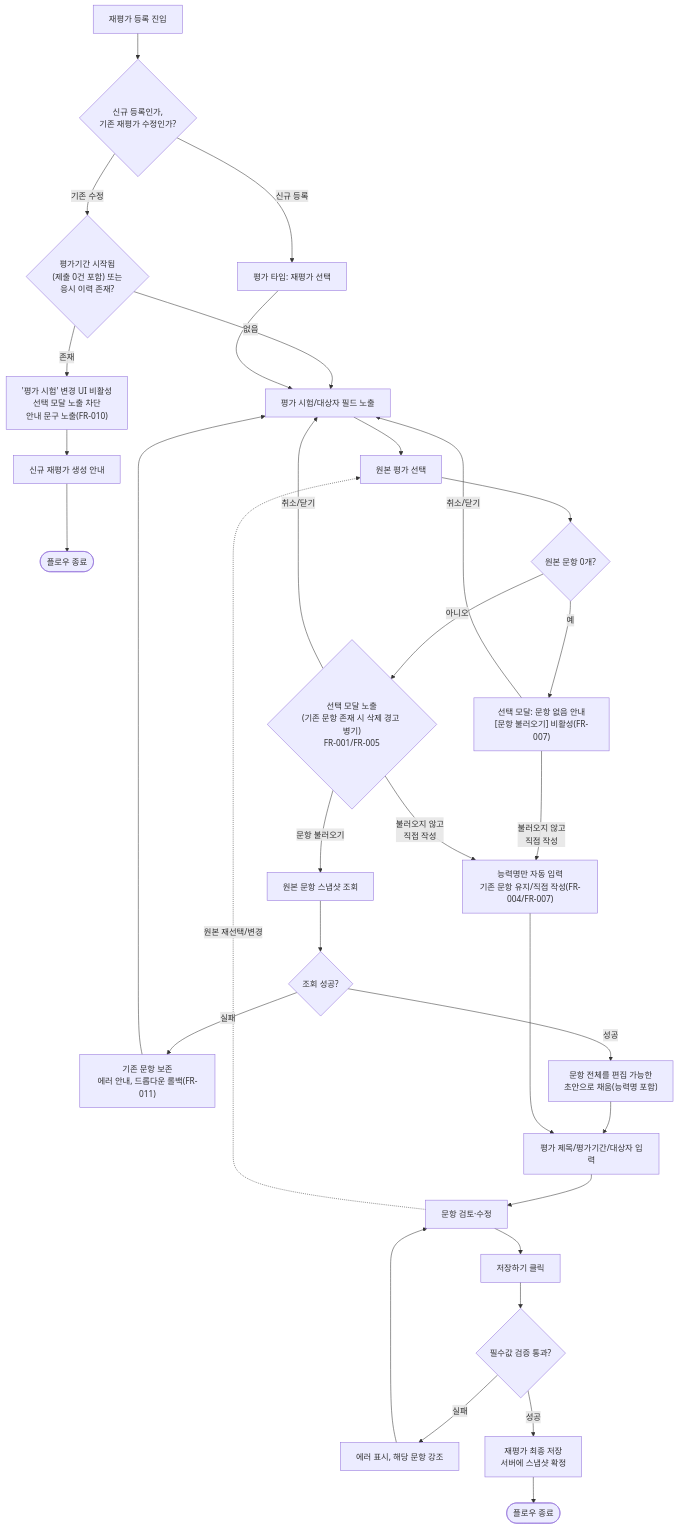
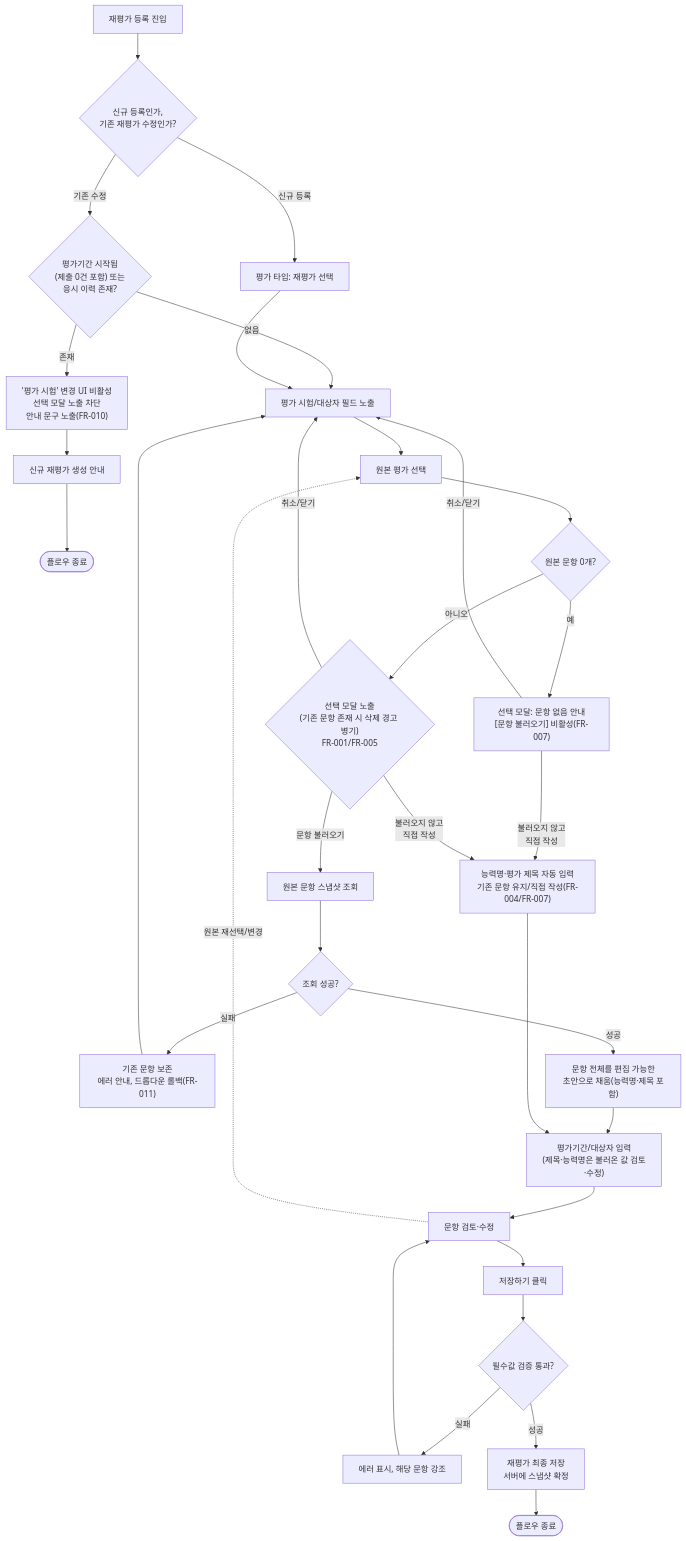
One commit to likelion-campus/kdt-ops-planning changed the diagram in classroom/1-planning/prd/2026-08-03_훈련평가-재평가-문항-불러오기-기획서.md. Above: the diagram before and after it, drawn with Mermaid. The commit also changed other lines of this file and 4 other files, not shown here.

````diff
--- a/classroom/1-planning/prd/2026-08-03_훈련평가-재평가-문항-불러오기-기획서.md
+++ b/classroom/1-planning/prd/2026-08-03_훈련평가-재평가-문항-불러오기-기획서.md
@@ -99,34 +100,34 @@
 ```mermaid
 flowchart TD
     A0[재평가 등록 진입] --> A1{"신규 등록인가,<br/>기존 재평가 수정인가?"}
     A1 -- 신규 등록 --> B[평가 타입: 재평가 선택]
     A1 -- 기존 수정 --> A2{"평가기간 시작됨<br/>(제출 0건 포함) 또는<br/>응시 이력 존재?"}
     A2 -- 존재 --> A3["'평가 시험' 변경 UI 비활성<br/>선택 모달 노출 차단<br/>안내 문구 노출(FR-010)"]
     A3 --> A4[신규 재평가 생성 안내]
     A4 --> Z2([플로우 종료])
     A2 -- 없음 --> C
     B --> C[평가 시험/대상자 필드 노출]
     C --> D[원본 평가 선택]
     D --> QC{"원본 문항 0개?"}
     QC -- 예 --> Q0["선택 모달: 문항 없음 안내<br/>[문항 불러오기] 비활성(FR-007)"]
     QC -- 아니오 --> Q{"선택 모달 노출<br/>(기존 문항 존재 시 삭제 경고 병기)<br/>FR-001/FR-005"}
-    Q0 -- "불러오지 않고<br/>직접 작성" --> R["능력명만 자동 입력<br/>기존 문항 유지/직접 작성(FR-004/FR-007)"]
+    Q0 -- "불러오지 않고<br/>직접 작성" --> R["능력명·평가 제목 자동 입력<br/>기존 문항 유지/직접 작성(FR-004/FR-007)"]
     Q0 -- 취소/닫기 --> C
     Q -- 문항 불러오기 --> G[원본 문항 스냅샷 조회]
     Q -- "불러오지 않고<br/>직접 작성" --> R
     Q -- 취소/닫기 --> C
     G --> G1{조회 성공?}
     G1 -- 실패 --> G2["기존 문항 보존<br/>에러 안내, 드롭다운 롤백(FR-011)"]
     G2 --> C
-    G1 -- 성공 --> J["문항 전체를 편집 가능한<br/>초안으로 채움(능력명 포함)"]
-    J --> K["평가 제목/평가기간/대상자 입력"]
+    G1 -- 성공 --> J["문항 전체를 편집 가능한<br/>초안으로 채움(능력명·제목 포함)"]
+    J --> K["평가기간/대상자 입력<br/>(제목·능력명은 불러온 값 검토·수정)"]
     R --> K
     K --> L[문항 검토·수정]
     L -. 원본 재선택/변경 .-> D
     L --> M[저장하기 클릭]
     M --> N{필수값 검증 통과?}
     N -- 실패 --> O[에러 표시, 해당 문항 강조]
     O --> L
     N -- 성공 --> P["재평가 최종 저장<br/>서버에 스냅샷 확정"]
     P --> Z1([플로우 종료])
 ```
````
